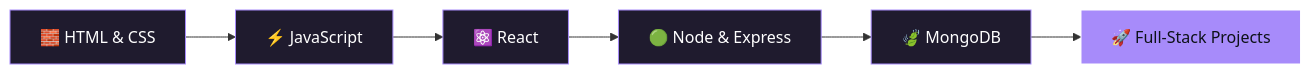
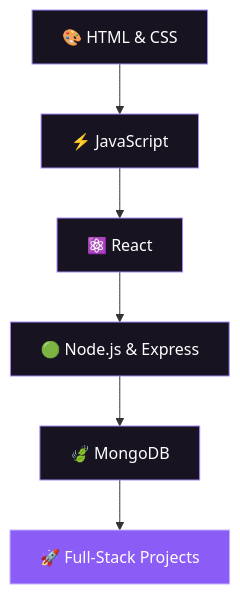
Before and after one commit to AbdulRaqeebGit/AbdulRaqeebGit: the diagram in README.md, drawn with Mermaid. The commit also changed other lines of this file, not shown here.

````diff
--- a/README.md
+++ b/README.md
@@ -128,15 +119,15 @@
 ```mermaid
-flowchart LR
-    A["🧱 HTML & CSS"] --> B["⚡ JavaScript"]
+flowchart TD
+    A["🎨 HTML & CSS"] --> B["⚡ JavaScript"]
     B --> C["⚛️ React"]
-    C --> D["🟢 Node & Express"]
+    C --> D["🟢 Node.js & Express"]
     D --> E["🍃 MongoDB"]
     E --> F["🚀 Full-Stack Projects"]
 
-    style A fill:#1f1b2e,stroke:#A78BFA,color:#fff
-    style B fill:#1f1b2e,stroke:#A78BFA,color:#fff
-    style C fill:#1f1b2e,stroke:#A78BFA,color:#fff
-    style D fill:#1f1b2e,stroke:#A78BFA,color:#fff
-    style E fill:#1f1b2e,stroke:#A78BFA,color:#fff
-    style F fill:#A78BFA,stroke:#fff,color:#0D1117
+    style A fill:#171321,stroke:#A78BFA,color:#FFFFFF
+    style B fill:#171321,stroke:#A78BFA,color:#FFFFFF
+    style C fill:#171321,stroke:#A78BFA,color:#FFFFFF
+    style D fill:#171321,stroke:#A78BFA,color:#FFFFFF
+    style E fill:#171321,stroke:#A78BFA,color:#FFFFFF
+    style F fill:#8B5CF6,stroke:#C4B5FD,color:#FFFFFF
 ```
````
